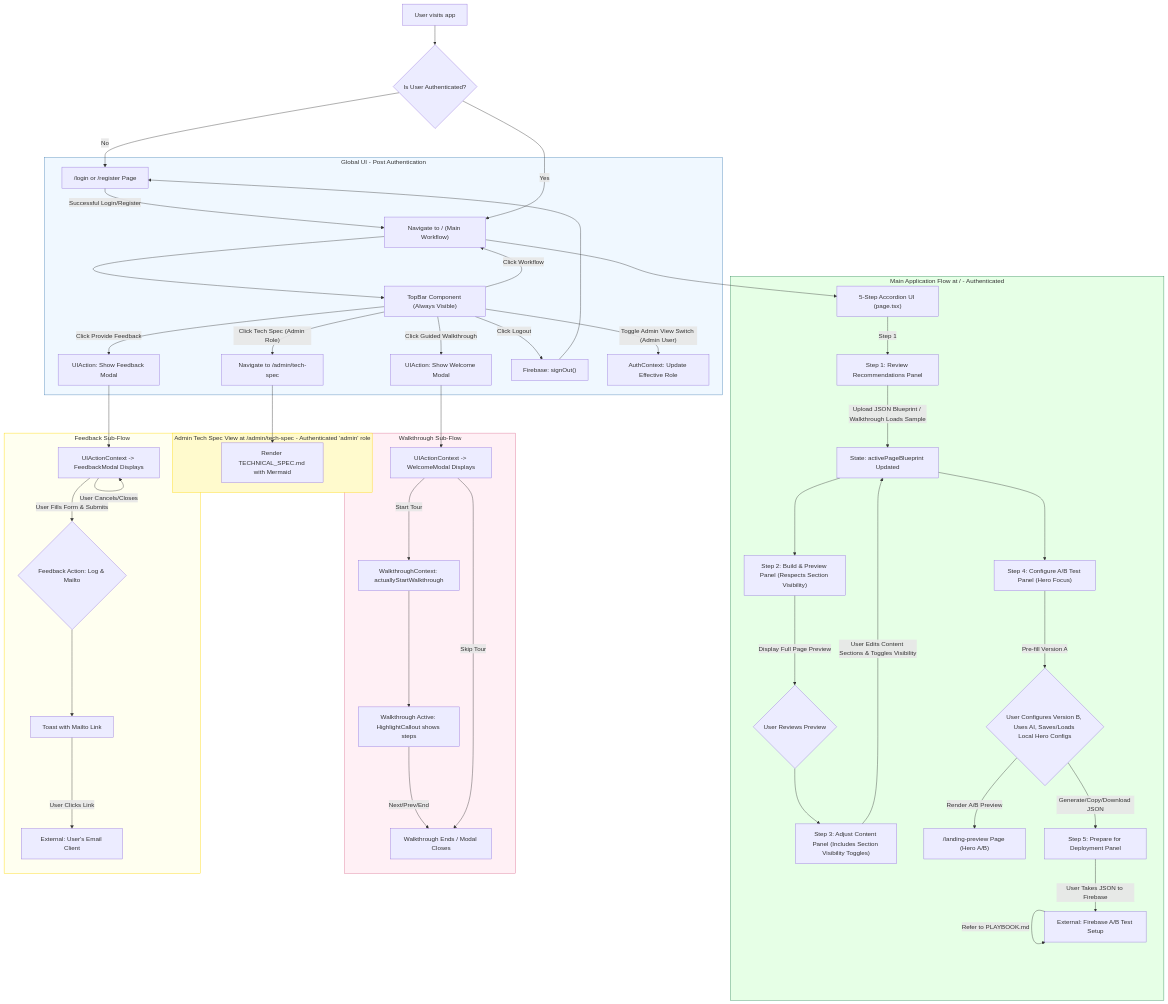
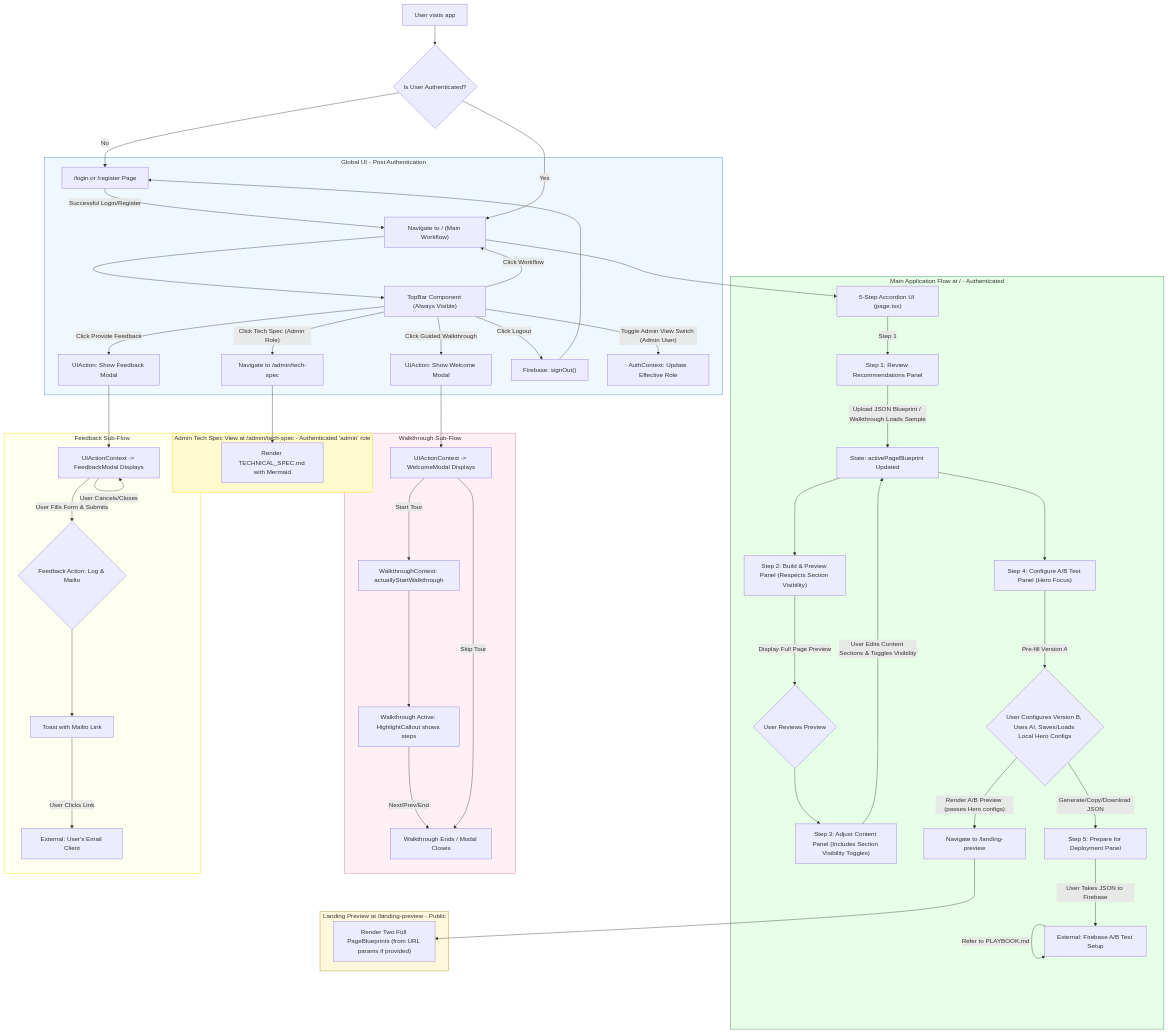
One commit to jason-davey/studio changed the second of 2 diagrams in TECHNICAL_SPEC.md. Above: the diagram before and after it, drawn with Mermaid. The commit also changed other lines of this file and 2 other files, not shown here.

````diff
--- a/TECHNICAL_SPEC.md
+++ b/TECHNICAL_SPEC.md
@@ -422,65 +432,70 @@
 ```mermaid
 graph TD
     UserStart["User visits app"] --> CheckAuth{"Is User Authenticated?"}
     CheckAuth -- No --> LoginPage["/login or /register Page"]
     LoginPage -- Successful Login/Register --> MainAppNav["Navigate to / (Main Workflow)"]
     CheckAuth -- Yes --> MainAppNav
 
     subgraph GlobalUI [Global UI - Post Authentication]
         MainAppNav --> TopBarComp["TopBar Component (Always Visible)"]
         TopBarComp -- Click Workflow --> MainAppNav
         TopBarComp -- Click Tech Spec (Admin Role) --> AdminSpecNav["Navigate to /admin/tech-spec"]
         TopBarComp -- Click Guided Walkthrough --> UIAction_ShowWelcomeModal["UIAction: Show Welcome Modal"]
         TopBarComp -- Click Provide Feedback --> UIAction_ShowFeedbackModal["UIAction: Show Feedback Modal"]
         TopBarComp -- Click Logout --> LogoutAction["Firebase: signOut()"]
         TopBarComp -- Toggle Admin View Switch (Admin User) --> AuthContextRoleViewChange["AuthContext: Update Effective Role"]
         LogoutAction --> LoginPage
     end
 
     subgraph MainApp [Main Application Flow at / - Authenticated]
         MainAppNav --> AccordionInterface["5-Step Accordion UI (page.tsx)"]
         
         AccordionInterface -- Step 1 --> Step1Panel["Step 1: Review Recommendations Panel"]
         Step1Panel -- Upload JSON Blueprint / Walkthrough Loads Sample --> BlueprintState["State: activePageBlueprint Updated"]
         
         BlueprintState --> Step2Panel["Step 2: Build & Preview Panel (Respects Section Visibility)"]
         Step2Panel -- Display Full Page Preview --> UserReviewsPreview{"User Reviews Preview"}
         
         UserReviewsPreview --> Step3Panel["Step 3: Adjust Content Panel (Includes Section Visibility Toggles)"]
         Step3Panel -- User Edits Content Sections & Toggles Visibility --> BlueprintState
         
         BlueprintState --> Step4Panel["Step 4: Configure A/B Test Panel (Hero Focus)"]
         Step4Panel -- Pre-fill Version A --> UserConfiguresAB{"User Configures Version B, Uses AI, Saves/Loads Local Hero Configs"}
-        UserConfiguresAB -- Render A/B Preview --> PreviewPage["/landing-preview Page (Hero A/B)"]
+        UserConfiguresAB -- Render A/B Preview (passes Hero configs) --> PreviewPageNav["Navigate to /landing-preview"]
         UserConfiguresAB -- Generate/Copy/Download JSON --> Step5Panel["Step 5: Prepare for Deployment Panel"]
         
         Step5Panel -- User Takes JSON to Firebase --> FirebaseConsoleSetup["External: Firebase A/B Test Setup"]
         FirebaseConsoleSetup -- Refer to PLAYBOOK.md --> FirebaseConsoleSetup
+    end
+
+    subgraph PreviewPage [Landing Preview at /landing-preview - Public]
+        PreviewPageNav --> RenderFullPageAB["Render Two Full PageBlueprints (from URL params if provided)"]
     end
     
     subgraph AdminSpecView [Admin Tech Spec View at /admin/tech-spec - Authenticated 'admin' role]
         AdminSpecNav --> RenderTechSpec["Render TECHNICAL_SPEC.md with Mermaid"]
     end
 
     subgraph WalkthroughFlow [Walkthrough Sub-Flow]
         UIAction_ShowWelcomeModal --> WelcomeModalDisplay["UIActionContext -> WelcomeModal Displays"]
         WelcomeModalDisplay -- Start Tour --> WalkthroughStart["WalkthroughContext: actuallyStartWalkthrough"]
         WalkthroughStart --> WalkthroughActive["Walkthrough Active: HighlightCallout shows steps"]
         WalkthroughActive -- Next/Prev/End --> WalkthroughEnd["Walkthrough Ends / Modal Closes"]
         WelcomeModalDisplay -- Skip Tour --> WalkthroughEnd
     end
 
     subgraph FeedbackFlow [Feedback Sub-Flow]
         UIAction_ShowFeedbackModal --> FeedbackModalDisplay["UIActionContext -> FeedbackModal Displays"]
         FeedbackModalDisplay -- User Fills Form & Submits --> FeedbackAction{"Feedback Action: Log & Mailto"}
         FeedbackAction --> FeedbackToast["Toast with Mailto Link"]
         FeedbackToast -- User Clicks Link --> UserEmailClient_External["External: User's Email Client"]
         FeedbackModalDisplay -- User Cancels/Closes --> FeedbackModalDisplay
     end
 
     style GlobalUI fill:#f0f8ff,stroke:#4682b4
     style MainApp fill:#e6ffe6,stroke:#2e8b57
+    style PreviewPage fill:#fff8dc,stroke:#b8860b
     style AdminSpecView fill:#fffacd,stroke:#ffd700
     style WalkthroughFlow fill:#fff0f5,stroke:#db7093
     style FeedbackFlow fill:#fffff0,stroke:#ffd700
 ```
````
